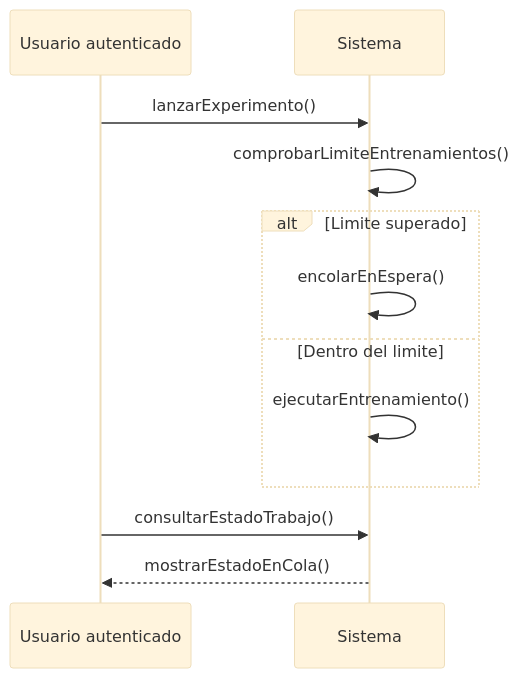
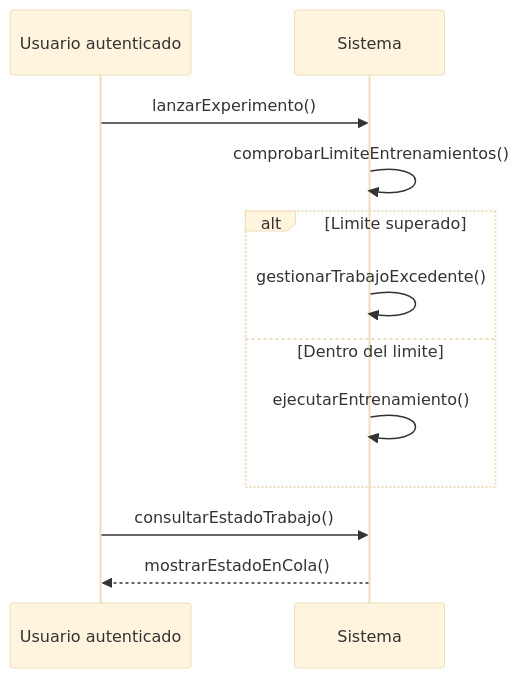
Diagram 33 of 40 in Documentacion/Capitulo14_Modelo_de_Dominio_y_Entidades_del_Sistema.md (eLeCe2611/vitalXAI), drawn with Mermaid (base theme) before and after one commit. The commit also changed other lines of this file and 42 other files, not shown here.

````diff
--- a/Documentacion/Capitulo14_Modelo_de_Dominio_y_Entidades_del_Sistema.md
+++ b/Documentacion/Capitulo14_Modelo_de_Dominio_y_Entidades_del_Sistema.md
@@ -652,14 +682,14 @@
 ```mermaid
 sequenceDiagram
     participant U as Usuario autenticado
     participant S as Sistema
     U->>S: lanzarExperimento()
     S->>S: comprobarLimiteEntrenamientos()
     alt Limite superado
-        S->>S: encolarEnEspera()
+        S->>S: gestionarTrabajoExcedente()
     else Dentro del limite
         S->>S: ejecutarEntrenamiento()
     end
     U->>S: consultarEstadoTrabajo()
     S-->>U: mostrarEstadoEnCola()
 ```
````
